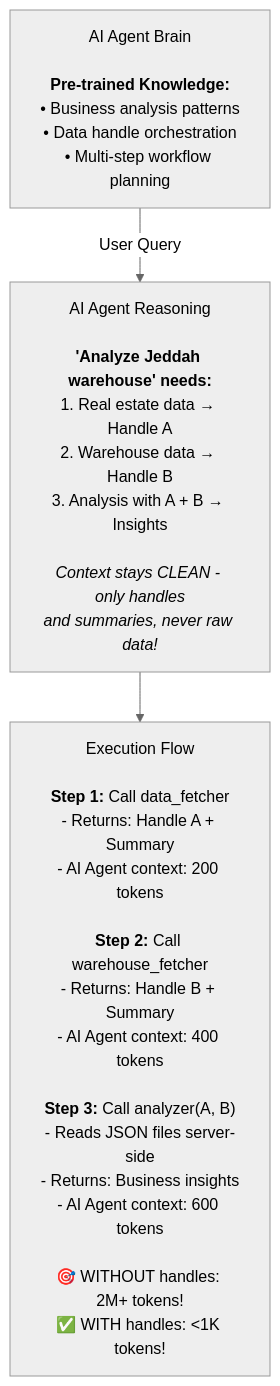
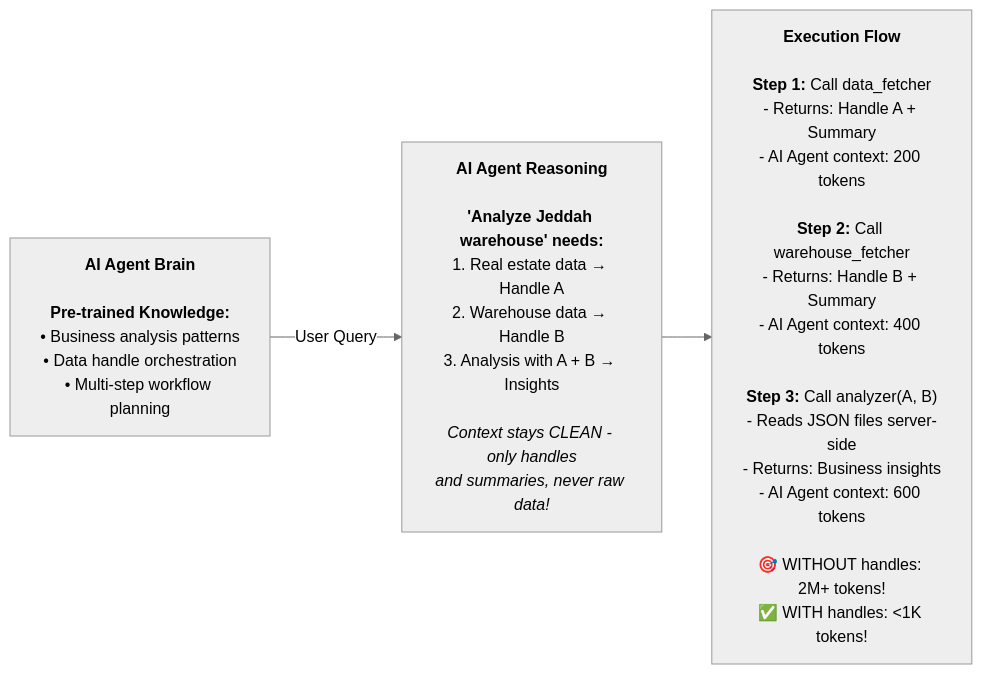
One commit to ImadSaddik/backend2 changed the third of 4 diagrams in tool_bridge_mcp_server/Model Context Protocol (MCP) Guide.md. Above: the diagram before and after it, drawn with Mermaid (neutral theme).

Commit message:
refactor MCP Guide to update mermaid diagram for Tool Discovery & Decision Flow with improved formatting and bold labels

````diff
--- a/tool_bridge_mcp_server/Model Context Protocol (MCP) Guide.md
+++ b/tool_bridge_mcp_server/Model Context Protocol (MCP) Guide.md
@@ -369,8 +369,8 @@
 ```mermaid
-graph TD
-    A["AI Agent Brain<br/><br/><b>Pre-trained Knowledge:</b><br/>• Business analysis patterns<br/>• Data handle orchestration<br/>• Multi-step workflow planning"] -->|User Query| B;
+graph LR
+    A["<b>AI Agent Brain</b><br/><br/><b>Pre-trained Knowledge:</b><br/>• Business analysis patterns<br/>• Data handle orchestration<br/>• Multi-step workflow planning"] -->|User Query| B;
 
-    B["AI Agent Reasoning<br/><br/><b>'Analyze Jeddah warehouse' needs:</b><br/>1. Real estate data → Handle A<br/>2. Warehouse data → Handle B<br/>3. Analysis with A + B → Insights<br/><br/><i>Context stays CLEAN - only handles<br/>and summaries, never raw data!</i>"] --> C;
+    B["<b>AI Agent Reasoning</b><br/><br/><b>'Analyze Jeddah warehouse' needs:</b><br/>1. Real estate data → Handle A<br/>2. Warehouse data → Handle B<br/>3. Analysis with A + B → Insights<br/><br/><i>Context stays CLEAN - only handles<br/>and summaries, never raw data!</i>"] --> C;
 
-    C["Execution Flow<br/><br/><b>Step 1:</b> Call data_fetcher<br/>- Returns: Handle A + Summary<br/>- AI Agent context: 200 tokens<br/><br/><b>Step 2:</b> Call warehouse_fetcher<br/>- Returns: Handle B + Summary<br/>- AI Agent context: 400 tokens<br/><br/><b>Step 3:</b> Call analyzer(A, B)<br/>- Reads JSON files server-side<br/>- Returns: Business insights<br/>- AI Agent context: 600 tokens<br/><br/>🎯 WITHOUT handles: 2M+ tokens!<br/>✅ WITH handles: <1K tokens!"];
+    C["<b>Execution Flow</b><br/><br/><b>Step 1:</b> Call data_fetcher<br/>- Returns: Handle A + Summary<br/>- AI Agent context: 200 tokens<br/><br/><b>Step 2:</b> Call warehouse_fetcher<br/>- Returns: Handle B + Summary<br/>- AI Agent context: 400 tokens<br/><br/><b>Step 3:</b> Call analyzer(A, B)<br/>- Reads JSON files server-side<br/>- Returns: Business insights<br/>- AI Agent context: 600 tokens<br/><br/>🎯 WITHOUT handles: 2M+ tokens!<br/>✅ WITH handles: <1K tokens!"];
 ```
````
